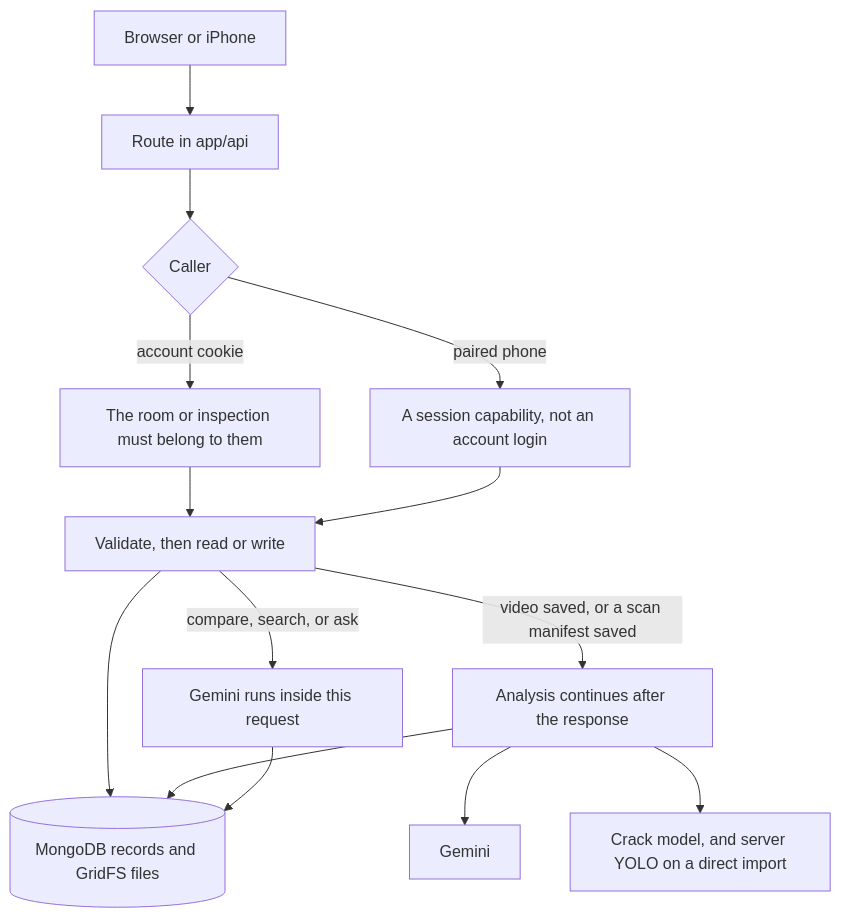
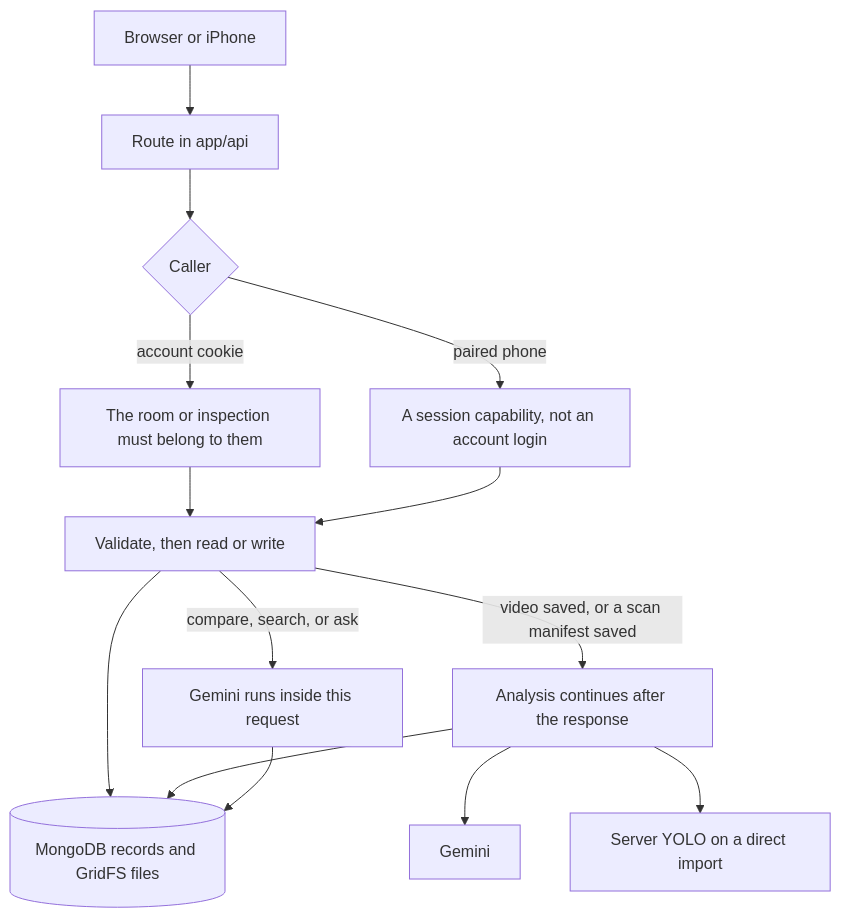
Before and after one commit to Borbezzz/Dwelld: the fourth of 12 diagrams in README.md, drawn with Mermaid. The commit also changed other lines of this file and 1 other file, not shown here.

First line of the commit message:
Docs: remove crack model from the described pipeline

````diff
--- a/README.md
+++ b/README.md
@@ -174,16 +174,16 @@
 ```mermaid
 flowchart TD
     Client["Browser or iPhone"] --> Route["Route in app/api"]
     Route --> Gate{"Caller"}
     Gate -->|account cookie| Owner["The room or inspection must belong to them"]
     Gate -->|paired phone| Capability["A session capability, not an account login"]
     Owner --> Handler["Validate, then read or write"]
     Capability --> Handler
     Handler --> Store[("MongoDB records and GridFS files")]
     Handler -->|video saved, or a scan manifest saved| Later["Analysis continues after the response"]
     Handler -->|compare, search, or ask| Now["Gemini runs inside this request"]
     Later --> Gemini["Gemini"]
-    Later --> Onnx["Crack model, and server YOLO on a direct import"]
+    Later --> Onnx["Server YOLO on a direct import"]
     Later --> Store
     Now --> Store
 ```
````
